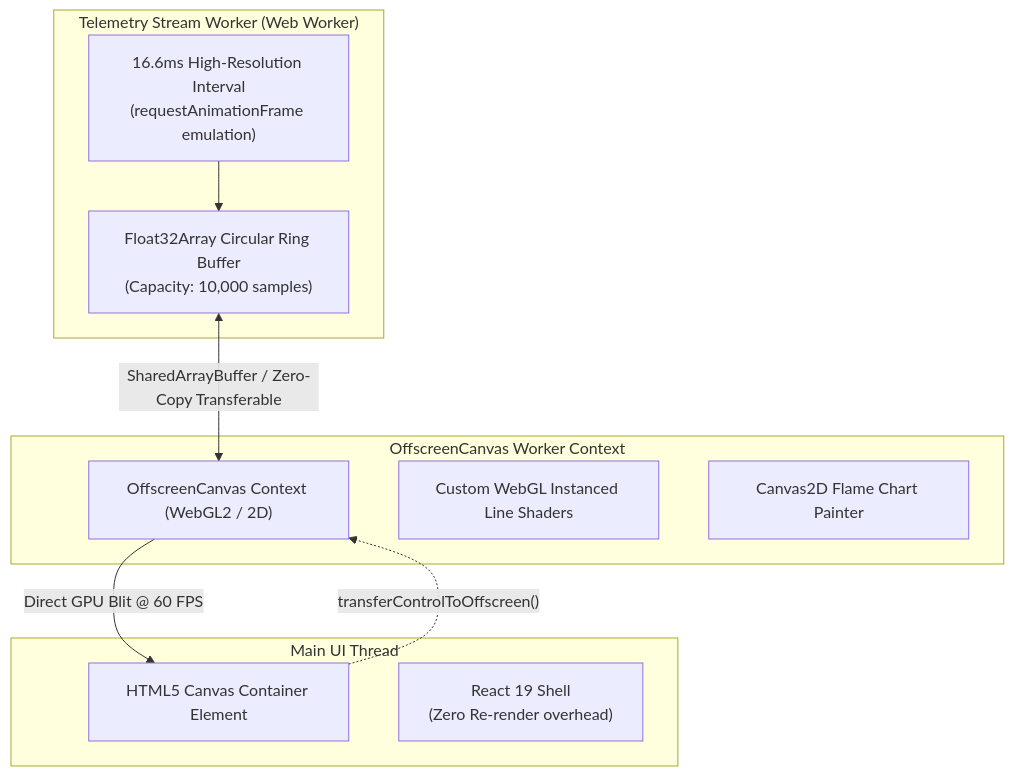
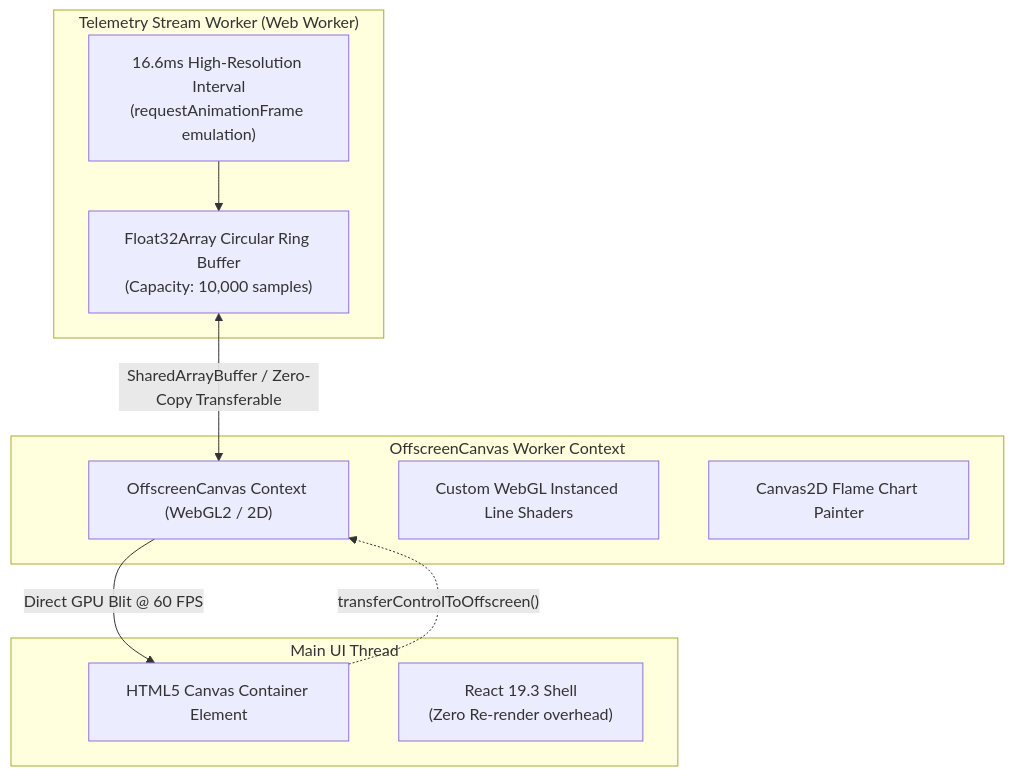
The second of 6 diagrams in documentation/design/detailed/04_canvas_and_ui_component_system.md (Strider221B/ml-sys-design), drawn with Mermaid before and after one commit. The commit also changed other lines of this file and 39 other files, not shown here.

````diff
--- a/documentation/design/detailed/04_canvas_and_ui_component_system.md
+++ b/documentation/design/detailed/04_canvas_and_ui_component_system.md
@@ -110,23 +130,23 @@
 ```mermaid
 flowchart TD
     subgraph Compute_Worker["Telemetry Stream Worker (Web Worker)"]
         MetricRing["Float32Array Circular Ring Buffer\n(Capacity: 10,000 samples)"]
         TickLoop["16.6ms High-Resolution Interval\n(requestAnimationFrame emulation)"]
         TickLoop --> MetricRing
     end
 
     subgraph DOM_Thread["Main UI Thread"]
         CanvasContainer["HTML5 Canvas Container Element"]
-        ReactUI["React 19 Shell\n(Zero Re-render overhead)"]
+        ReactUI["React 19.3 Shell\n(Zero Re-render overhead)"]
     end
 
     subgraph GPU_Render["OffscreenCanvas Worker Context"]
         OffscreenTarget["OffscreenCanvas Context (WebGL2 / 2D)"]
         ShaderEngine["Custom WebGL Instanced Line Shaders"]
         FlameGraphEngine["Canvas2D Flame Chart Painter"]
     end
 
     CanvasContainer -.->|"transferControlToOffscreen()"| OffscreenTarget
     MetricRing <-->|"SharedArrayBuffer / Zero-Copy Transferable"| OffscreenTarget
     OffscreenTarget -->|"Direct GPU Blit @ 60 FPS"| CanvasContainer
 ```
````
